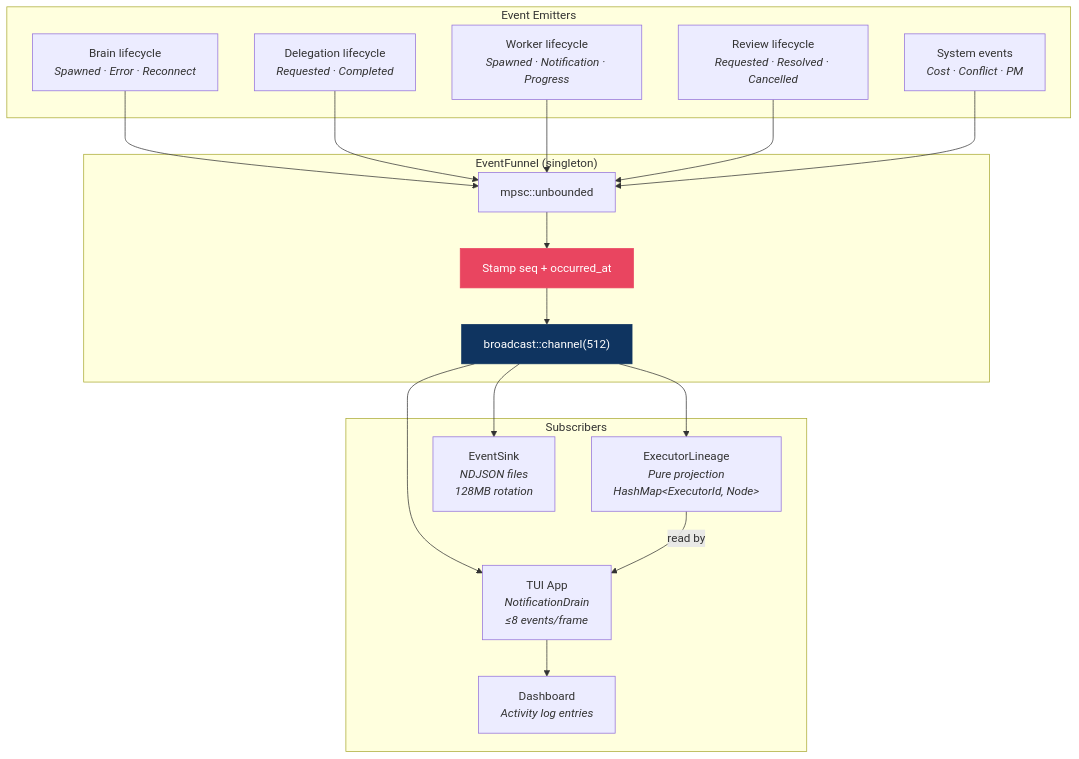
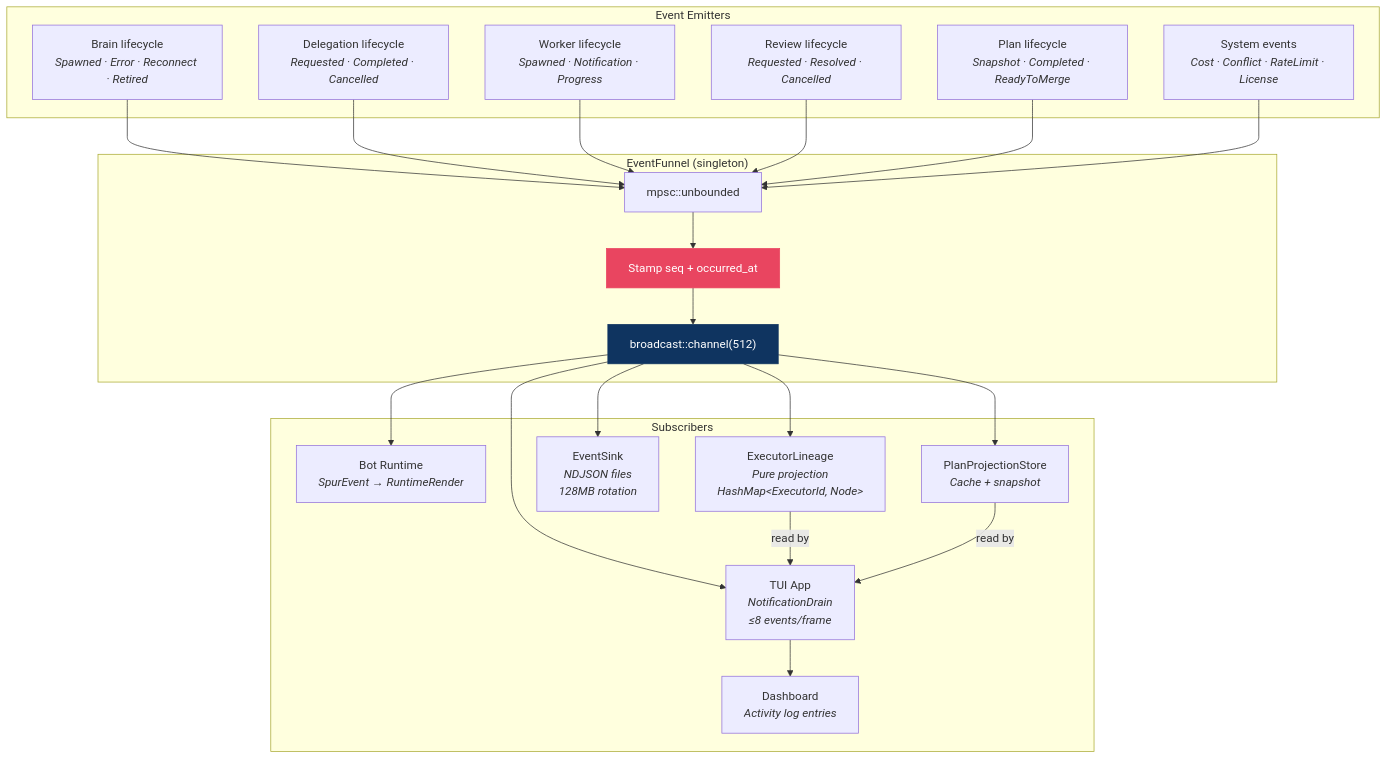
Before and after one commit to getspur/spur: the fourth of 4 diagrams in docs/architecture.md, drawn with Mermaid. The commit also changed other lines of this file and 14 other files, not shown here.

````diff
--- a/docs/architecture.md
+++ b/docs/architecture.md
@@ -237,42 +297,49 @@
 ```mermaid
 flowchart TB
     subgraph EMITTERS["Event Emitters"]
-        O_BRAIN["Brain lifecycle<br/><i>Spawned · Error · Reconnect</i>"]
-        O_DELEG["Delegation lifecycle<br/><i>Requested · Completed</i>"]
+        O_BRAIN["Brain lifecycle<br/><i>Spawned · Error · Reconnect · Retired</i>"]
+        O_DELEG["Delegation lifecycle<br/><i>Requested · Completed · Cancelled</i>"]
         O_WORKER["Worker lifecycle<br/><i>Spawned · Notification · Progress</i>"]
         O_REVIEW["Review lifecycle<br/><i>Requested · Resolved · Cancelled</i>"]
-        O_SYSTEM["System events<br/><i>Cost · Conflict · PM</i>"]
+        O_PLAN["Plan lifecycle<br/><i>Snapshot · Completed · ReadyToMerge</i>"]
+        O_SYSTEM["System events<br/><i>Cost · Conflict · RateLimit · License</i>"]
     end
 
     subgraph FUNNEL["EventFunnel (singleton)"]
         MPSC["mpsc::unbounded"]
         STAMP["Stamp seq + occurred_at"]
         BC["broadcast::channel(512)"]
     end
 
     subgraph SUBSCRIBERS["Subscribers"]
         S_TUI["TUI App<br/><i>NotificationDrain<br/>≤8 events/frame</i>"]
+        S_BOT["Bot Runtime<br/><i>SpurEvent → RuntimeRender</i>"]
         S_LINEAGE["ExecutorLineage<br/><i>Pure projection<br/>HashMap&lt;ExecutorId, Node&gt;</i>"]
         S_SINK["EventSink<br/><i>NDJSON files<br/>128MB rotation</i>"]
         S_DASH["Dashboard<br/><i>Activity log entries</i>"]
+        S_PLAN["PlanProjectionStore<br/><i>Cache + snapshot</i>"]
     end
 
     O_BRAIN --> MPSC
     O_DELEG --> MPSC
     O_WORKER --> MPSC
     O_REVIEW --> MPSC
+    O_PLAN --> MPSC
     O_SYSTEM --> MPSC
 
     MPSC --> STAMP
     STAMP --> BC
 
     BC --> S_TUI
+    BC --> S_BOT
     BC --> S_LINEAGE
     BC --> S_SINK
+    BC --> S_PLAN
 
     S_TUI --> S_DASH
     S_LINEAGE -->|"read by"| S_TUI
+    S_PLAN -->|"read by"| S_TUI
 
     style STAMP fill:#e94560,stroke:#e94560,color:#fff
     style BC fill:#0f3460,stroke:#0f3460,color:#fff
 ```
````
